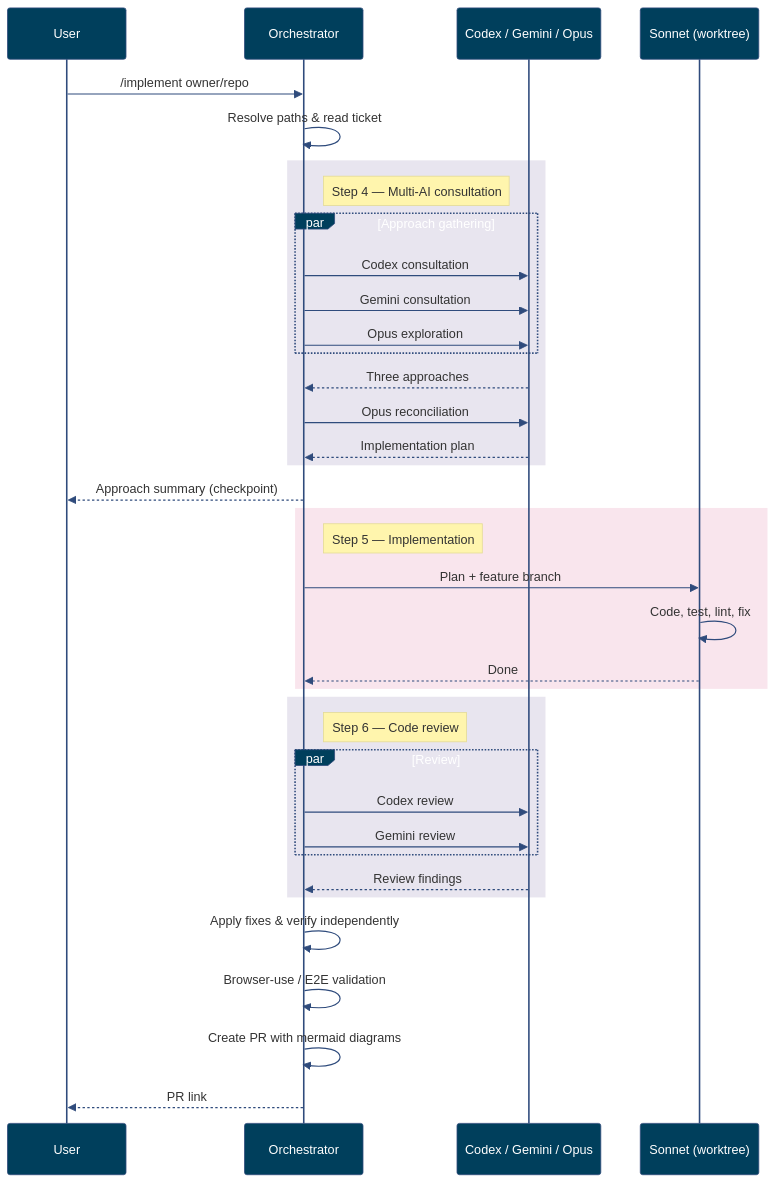
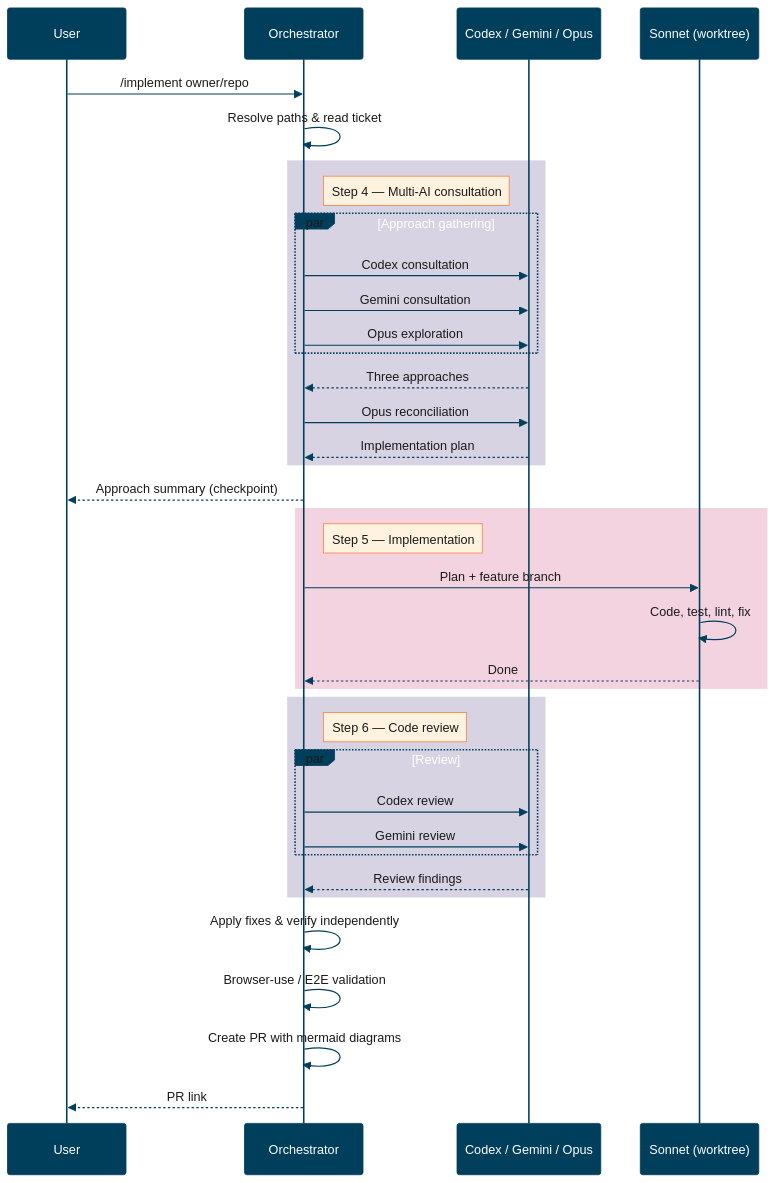
The second of 3 diagrams in README.md (plwp/chief-wiggum), drawn with Mermaid before and after one commit.

Commit message:
docs: improve sequence diagram contrast
Darken signal lines, text, and note borders. Increase rect opacity.
Use near-black text (#1a1a1a) for labels and signals.

````diff
--- a/README.md
+++ b/README.md
@@ -56,46 +56,46 @@
 ```mermaid
-%%{init: {'theme': 'base', 'themeVariables': {'primaryColor': '#003f5c', 'primaryTextColor': '#fff', 'primaryBorderColor': '#2f4b7c', 'secondaryColor': '#665191', 'tertiaryColor': '#a05195', 'lineColor': '#2f4b7c', 'textColor': '#333', 'actorTextColor': '#fff', 'actorBkg': '#003f5c', 'actorBorder': '#2f4b7c', 'activationBorderColor': '#d45087', 'activationBkgColor': '#f95d6a', 'signalColor': '#2f4b7c'}}}%%
+%%{init: {'theme': 'base', 'themeVariables': {'primaryColor': '#003f5c', 'primaryTextColor': '#fff', 'primaryBorderColor': '#2f4b7c', 'secondaryColor': '#665191', 'tertiaryColor': '#a05195', 'lineColor': '#003f5c', 'textColor': '#1a1a1a', 'actorTextColor': '#fff', 'actorBkg': '#003f5c', 'actorBorder': '#003f5c', 'activationBorderColor': '#d45087', 'activationBkgColor': '#fce4ec', 'signalColor': '#003f5c', 'signalTextColor': '#1a1a1a', 'noteBkgColor': '#fff3e0', 'noteTextColor': '#1a1a1a', 'noteBorderColor': '#ff7c43', 'labelTextColor': '#1a1a1a'}}}%%
 sequenceDiagram
     participant U as User
     participant O as Orchestrator
     participant AI as Codex / Gemini / Opus
     participant S as Sonnet (worktree)
 
     U->>O: /implement owner/repo#42
     O->>O: Resolve paths & read ticket
 
-    rect rgba(102, 81, 145, 0.15)
+    rect rgba(102, 81, 145, 0.25)
         note right of O: Step 4 — Multi-AI consultation
         par Approach gathering
             O->>AI: Codex consultation
             O->>AI: Gemini consultation
             O->>AI: Opus exploration
         end
         AI-->>O: Three approaches
         O->>AI: Opus reconciliation
         AI-->>O: Implementation plan
     end
 
     O-->>U: Approach summary (checkpoint)
 
-    rect rgba(212, 80, 135, 0.15)
+    rect rgba(212, 80, 135, 0.25)
         note right of O: Step 5 — Implementation
         O->>S: Plan + feature branch
         S->>S: Code, test, lint, fix
         S-->>O: Done
     end
 
-    rect rgba(102, 81, 145, 0.15)
+    rect rgba(102, 81, 145, 0.25)
         note right of O: Step 6 — Code review
         par Review
             O->>AI: Codex review
             O->>AI: Gemini review
         end
         AI-->>O: Review findings
     end
 
     O->>O: Apply fixes & verify independently
     O->>O: Browser-use / E2E validation
     O->>O: Create PR with mermaid diagrams
     O-->>U: PR link
 ```
````
